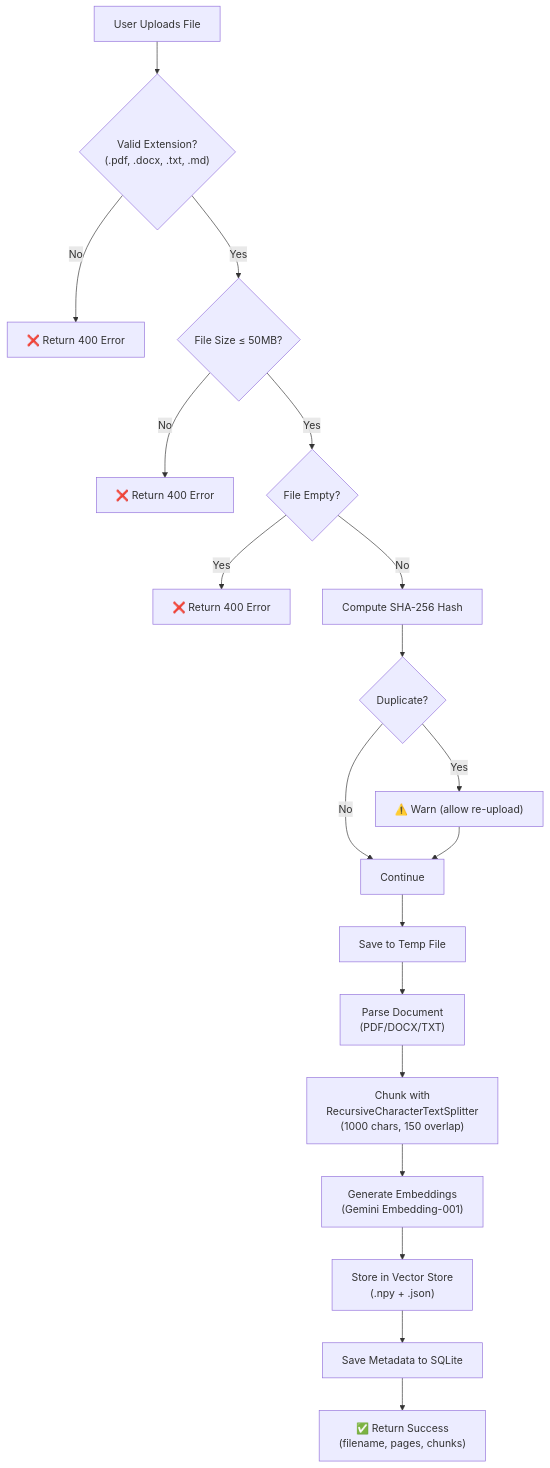
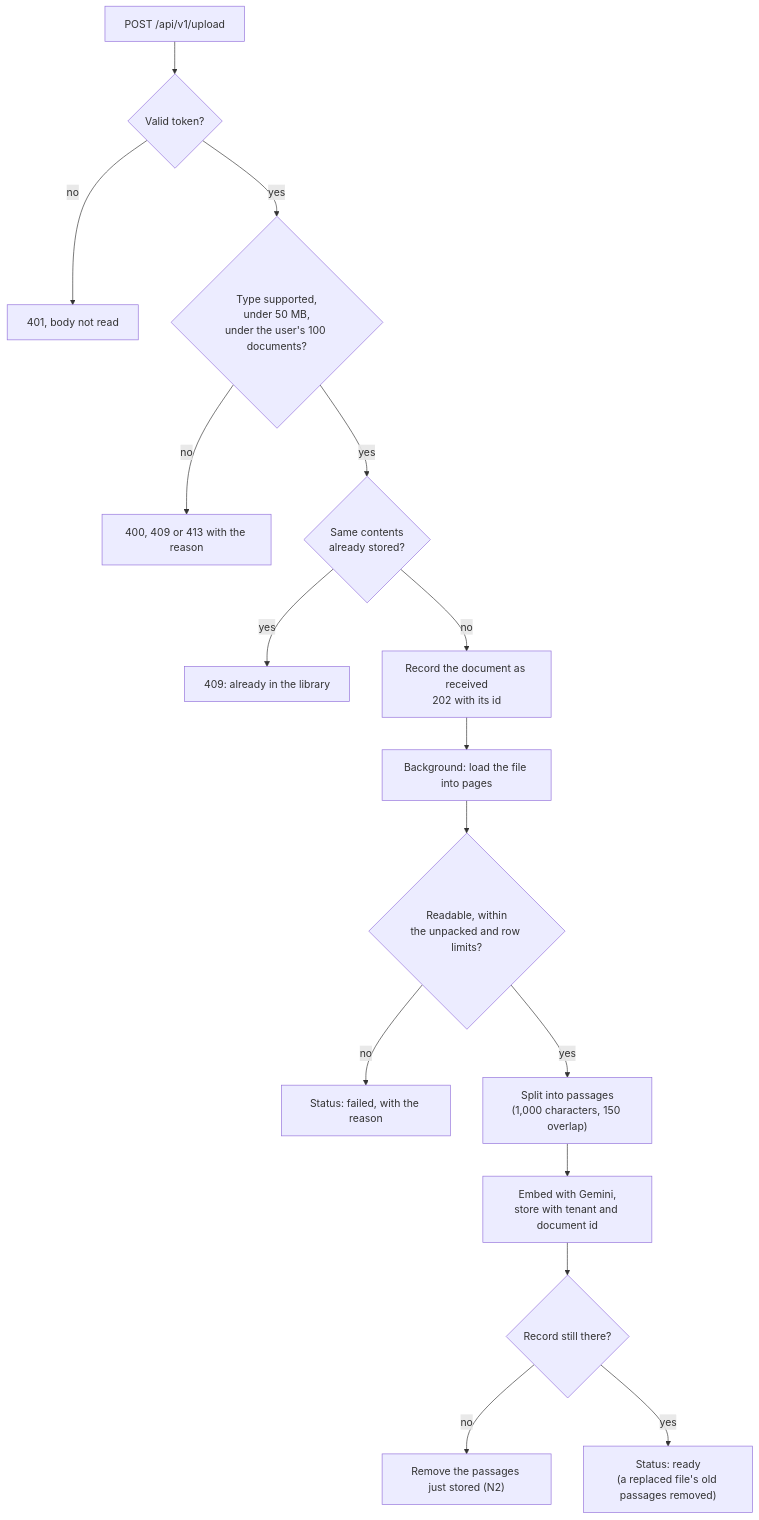
The second of 4 diagrams in project_report.md (airy-suit8/Aether-AI), drawn with Mermaid before and after one commit. The commit also changed other lines of this file and 10 other files, not shown here.

````diff
--- a/project_report.md
+++ b/project_report.md
@@ -410,21 +363,18 @@
 ```mermaid
 flowchart TD
-    A["User Uploads File"] --> B{"Valid Extension?\n(.pdf, .docx, .txt, .md)"}
-    B -->|No| C["❌ Return 400 Error"]
-    B -->|Yes| D{"File Size ≤ 50MB?"}
-    D -->|No| E["❌ Return 400 Error"]
-    D -->|Yes| F{"File Empty?"}
-    F -->|Yes| G["❌ Return 400 Error"]
-    F -->|No| H["Compute SHA-256 Hash"]
-    H --> I{"Duplicate?"}
-    I -->|Yes| J["⚠️ Warn (allow re-upload)"]
-    I -->|No| K["Continue"]
-    J --> K
-    K --> L["Save to Temp File"]
-    L --> M["Parse Document\n(PDF/DOCX/TXT)"]
-    M --> N["Chunk with\nRecursiveCharacterTextSplitter\n(1000 chars, 150 overlap)"]
-    N --> O["Generate Embeddings\n(Gemini Embedding-001)"]
-    O --> P["Store in Vector Store\n(.npy + .json)"]
-    P --> Q["Save Metadata to SQLite"]
-    Q --> R["✅ Return Success\n(filename, pages, chunks)"]
+    A["POST /api/v1/upload"] --> B{"Valid token?"}
+    B -- no --> X1["401, body not read"]
+    B -- yes --> C{"Type supported,<br/>under 50 MB,<br/>under the user's 100 documents?"}
+    C -- no --> X2["400, 409 or 413 with the reason"]
+    C -- yes --> D{"Same contents<br/>already stored?"}
+    D -- yes --> X3["409: already in the library"]
+    D -- no --> E["Record the document as received<br/>202 with its id"]
+    E --> F["Background: load the file into pages"]
+    F --> G{"Readable, within<br/>the unpacked and row limits?"}
+    G -- no --> X4["Status: failed, with the reason"]
+    G -- yes --> H["Split into passages<br/>(1,000 characters, 150 overlap)"]
+    H --> I["Embed with Gemini,<br/>store with tenant and document id"]
+    I --> J{"Record still there?"}
+    J -- no --> X5["Remove the passages just stored (N2)"]
+    J -- yes --> K["Status: ready<br/>(a replaced file's old passages removed)"]
 ```
````
